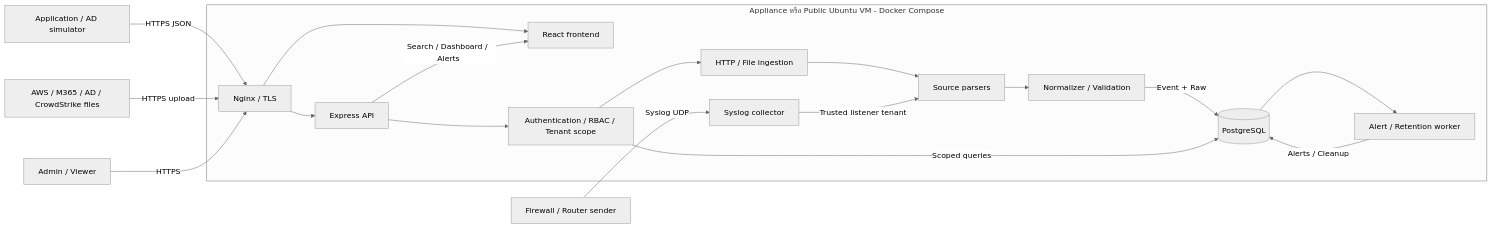
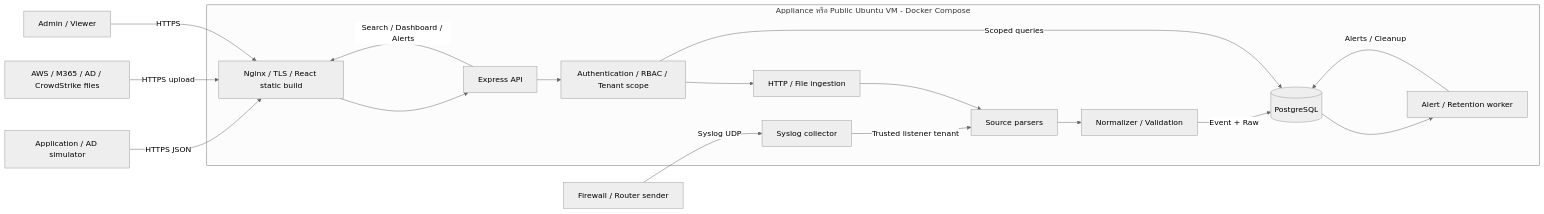
The diagram in Docs/architecture.md (AomsinSPU/Log-Management), drawn with Mermaid (neutral theme) before and after one commit. The commit also changed other lines of this file and 3 other files, not shown here.

````diff
--- a/Docs/architecture.md
+++ b/Docs/architecture.md
@@ -17,33 +46,31 @@
 ```mermaid
 flowchart LR
     F[Firewall / Router sender] -->|Syslog UDP| C
     S[Application / AD simulator] -->|HTTPS JSON| N
     L[AWS / M365 / AD / CrowdStrike files] -->|HTTPS upload| N
     U[Admin / Viewer] -->|HTTPS| N
 
     subgraph VM[Appliance หรือ Public Ubuntu VM - Docker Compose]
-        N[Nginx / TLS]
-        UI[React frontend]
+        N[Nginx / TLS / React static build]
         API[Express API]
         AUTH[Authentication / RBAC / Tenant scope]
         ING[HTTP / File ingestion]
         C[Syslog collector]
         P[Source parsers]
         NOR[Normalizer / Validation]
         DB[(PostgreSQL)]
         W[Alert / Retention worker]
 
-        N --> UI
         N --> API
         API --> AUTH
         AUTH --> ING
         ING --> P
         C -->|Trusted listener tenant| P
         P --> NOR
         NOR -->|Event + Raw| DB
         AUTH -->|Scoped queries| DB
         DB --> W
         W -->|Alerts / Cleanup| DB
-        API -->|Search / Dashboard / Alerts| UI
+        API -->|Search / Dashboard / Alerts| N
     end
 ```
````
